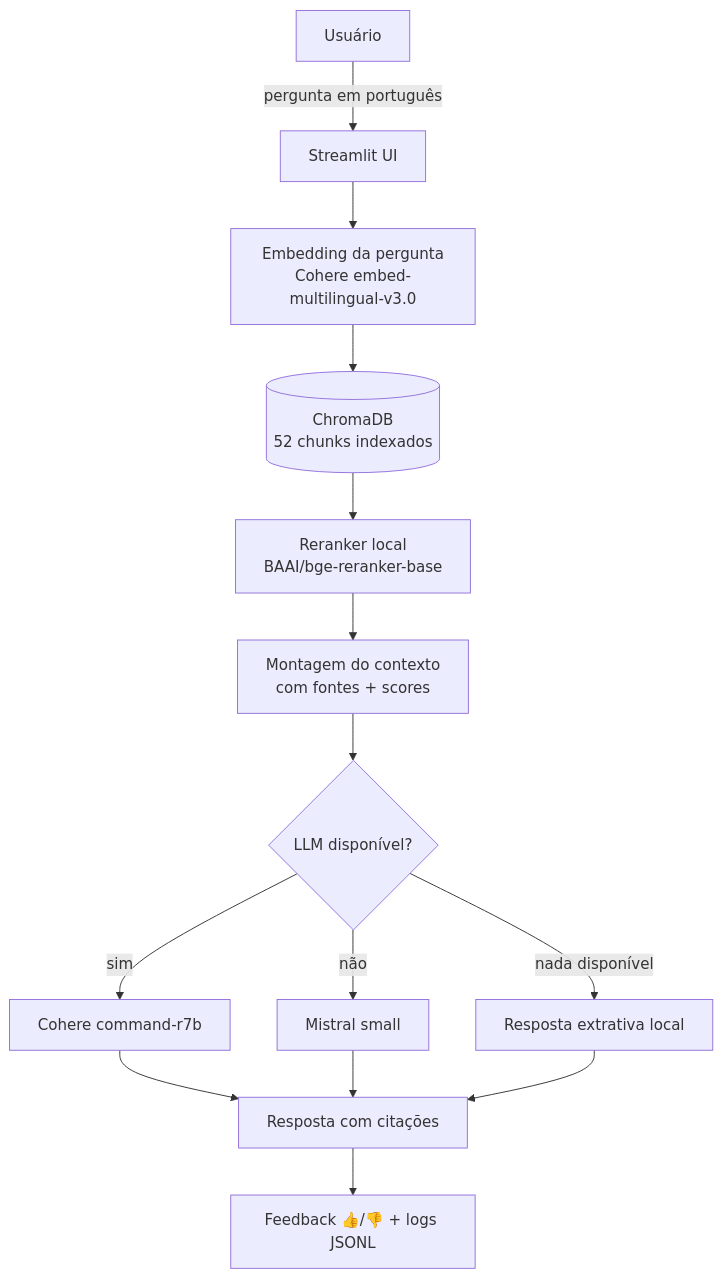
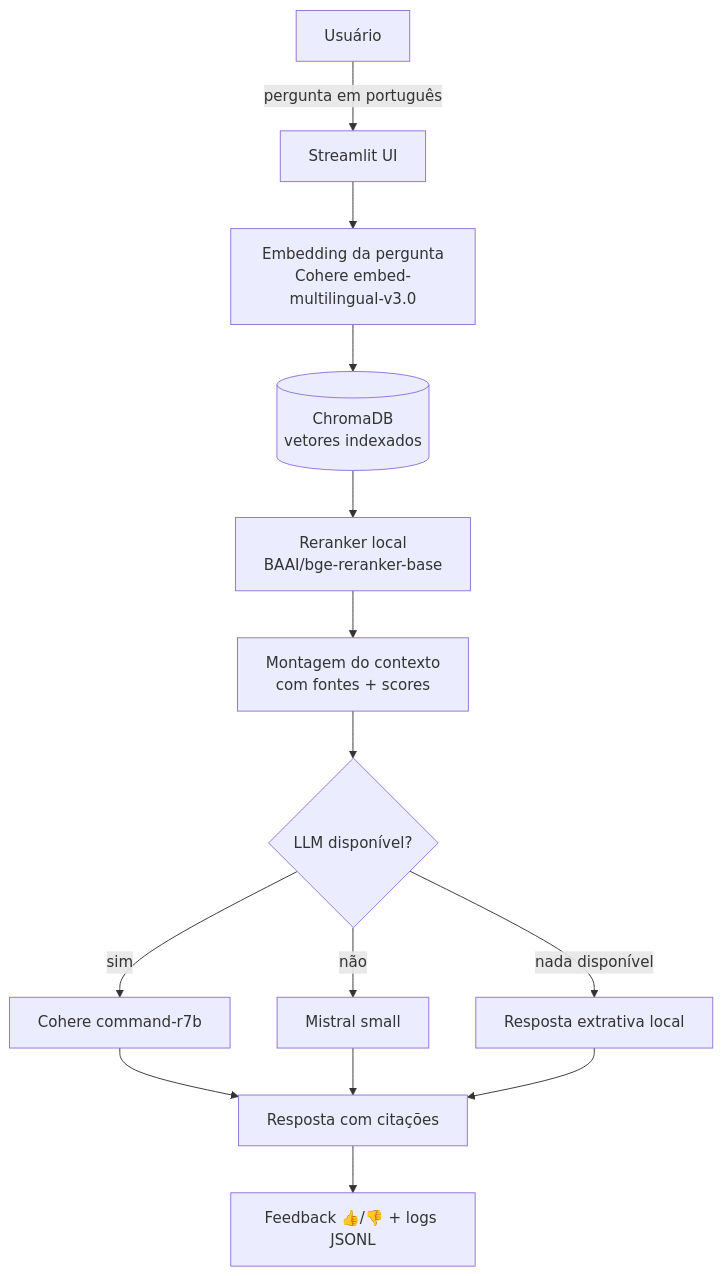
One commit to FABIOEVERTON/BRACHAT-MAIN changed the first of 4 diagrams in portfolio/ezra_curator/README.md. Above: the diagram before and after it, drawn with Mermaid. The commit also changed other lines of this file, not shown here.

Commit message:
docs(ezra_curator): alinhar README com o estado real do código (formatos, fallbacks, eval, roadmap)

````diff
--- a/portfolio/ezra_curator/README.md
+++ b/portfolio/ezra_curator/README.md
@@ -59,16 +58,16 @@
 ```mermaid
 flowchart TD
     U[Usuário] -->|pergunta em português| S[Streamlit UI]
     S --> Q[Embedding da pergunta<br/>Cohere embed-multilingual-v3.0]
-    Q --> V[(ChromaDB<br/>52 chunks indexados)]
+    Q --> V[(ChromaDB<br/>vetores indexados)]
     V --> R[Reranker local<br/>BAAI/bge-reranker-base]
     R --> C[Montagem do contexto<br/>com fontes + scores]
     C --> L{LLM disponível?}
     L -->|sim| CO[Cohere command-r7b]
     CO --> A[Resposta com citações]
     L -->|não| MI[Mistral small]
     MI --> A
     L -->|nada disponível| EX[Resposta extrativa local]
     EX --> A
     A --> F[Feedback 👍/👎 + logs JSONL]
 ```
````
